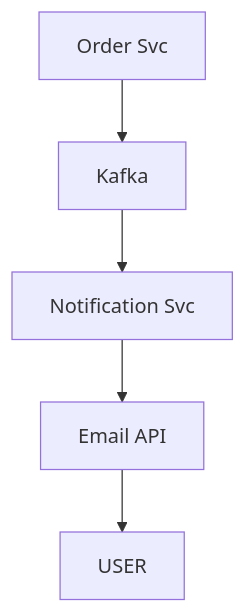
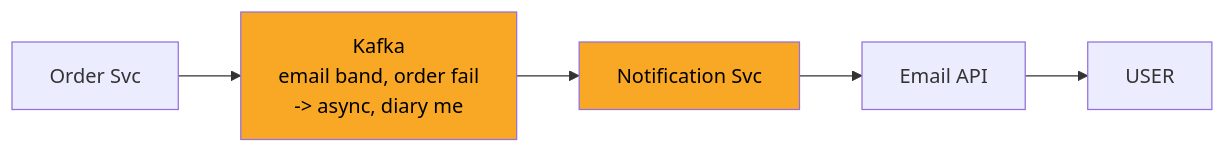
Before and after one commit to ArpanMaheshwari144/Prep: the second of 13 diagrams in 04_HLD/SYSTEM_DESIGNS/04_notification_system/04_notification_system.md, drawn with Mermaid. The commit also changed other lines of this file and 2 other files, not shown here.

Commit message:
notification, payment, file upload: one-day story, short cards, follow-ups with rules, highlighted diagrams

````diff
--- a/04_HLD/SYSTEM_DESIGNS/04_notification_system/04_notification_system.md
+++ b/04_HLD/SYSTEM_DESIGNS/04_notification_system/04_notification_system.md
@@ -87,12 +103,14 @@
 ```mermaid
-flowchart TD
+flowchart LR
     n_Order_Svc["Order Svc"]
-    n_Kafka["Kafka"]
+    n_Kafka["Kafka<br/>email band, order fail<br/>-> async, diary me"]
     n_Notification_Svc["Notification Svc"]
     n_Email_API["Email API"]
     n_USER["USER"]
     n_Order_Svc --> n_Kafka
     n_Kafka --> n_Notification_Svc
     n_Notification_Svc --> n_Email_API
     n_Email_API --> n_USER
+    style n_Kafka fill:#f9a825,color:#000
+    style n_Notification_Svc fill:#f9a825,color:#000
 ```
````
